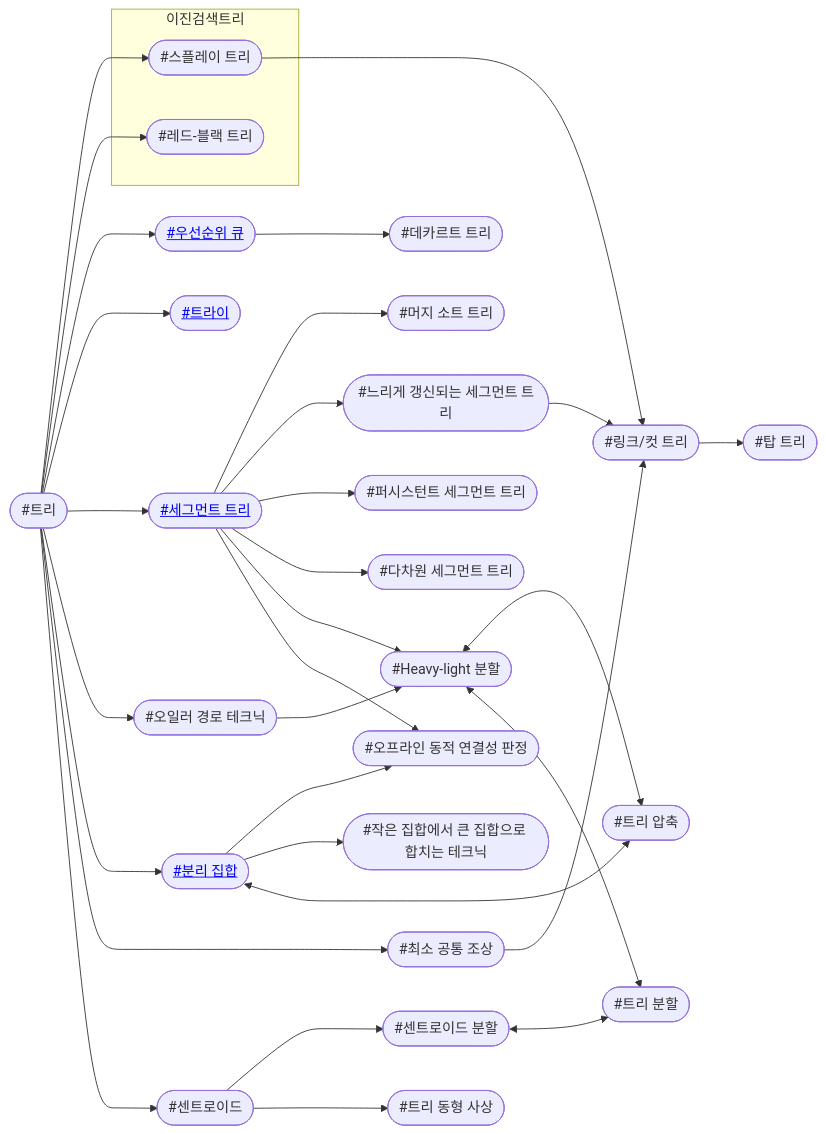
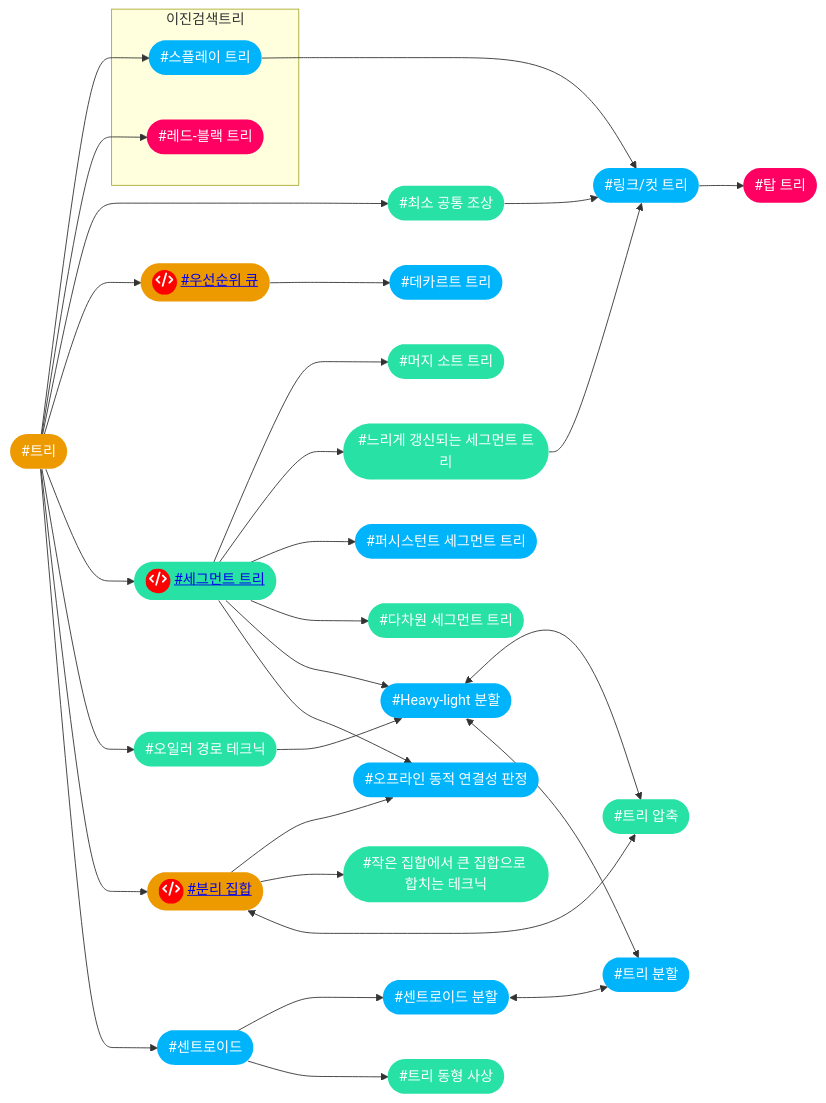
One commit to CHOYUNSIG/algorithm_with_boj changed the fourth of 10 diagrams in index.md. Above: the diagram before and after it, drawn with Mermaid. The commit also changed other lines of this file and 2 other files, not shown here.

```diff
--- a/index.md
+++ b/index.md
@@ -115,63 +142,68 @@
 <pre class="mermaid">
     graph LR
 
     #trees --> #splay_tree
     #trees --> #rb_tree
+    #trees --> #lca
     #trees --> #priority_queue
-    #trees --> #trie
     #trees --> #segtree
     #trees --> #euler_tour_technique
     #trees --> #disjoint_set
-    #trees --> #lca
     #trees --> #centroid
     #priority_queue --> #cartesian_tree
     #lca --> #link_cut_tree
     #disjoint_set --> #offline_dynamic_connectivity
     #disjoint_set --> #smaller_to_larger
     #disjoint_set <--> #tree_compression
     #centroid --> #centroid_decomposition
     #centroid --> #tree_isomorphism
     #splay_tree --> #link_cut_tree
     #link_cut_tree --> #top_tree
     #euler_tour_technique --> #hld
     #segtree --> #merge_sort_tree
     #segtree --> #lazyprop
     #segtree --> #pst
     #segtree --> #multi_segtree
     #segtree --> #hld
     #segtree --> #offline_dynamic_connectivity
     #lazyprop --> #link_cut_tree
     #hld <--> #tree_compression
     #hld <--> #tree_decomposition
     #centroid_decomposition <--> #tree_decomposition
 
     subgraph 이진검색트리
         #splay_tree
         #rb_tree
     end
 
-    #hld(["#Heavy-light 분할"])
-    #lazyprop(["#느리게 갱신되는 세그먼트 트리"])
-    #multi_segtree(["#다차원 세그먼트 트리"])
-    #cartesian_tree(["#데카르트 트리"])
-    #rb_tree(["#레드-블랙 트리"])
-    #link_cut_tree(["#링크/컷 트리"])
-    #merge_sort_tree(["#머지 소트 트리"])
-    #disjoint_set(["<a href="post/2024/01/13/disjoint_set.html">#분리 집합</a>"])
-    #segtree(["<a href="post/2024/01/11/segtree.html">#세그먼트 트리</a>"])
-    #centroid(["#센트로이드"])
-    #centroid_decomposition(["#센트로이드 분할"])
-    #splay_tree(["#스플레이 트리"])
-    #euler_tour_technique(["#오일러 경로 테크닉"])
-    #offline_dynamic_connectivity(["#오프라인 동적 연결성 판정"])
-    #priority_queue(["<a href="post/2024/01/15/priority_queue.html">#우선순위 큐</a>"])
-    #smaller_to_larger(["#작은 집합에서 큰 집합으로 합치는 테크닉"])
-    #lca(["#최소 공통 조상"])
-    #top_tree(["#탑 트리"])
-    #trie(["<a href="post/2024/01/03/trie.html">#트라이</a>"])
-    #trees(["#트리"])
-    #tree_isomorphism(["#트리 동형 사상"])
-    #tree_decomposition(["#트리 분할"])
-    #tree_compression(["#트리 압축"])
-    #pst(["#퍼시스턴트 세그먼트 트리"])
+    #hld(["#Heavy-light 분할"]):::tier4
+    #lazyprop(["#느리게 갱신되는 세그먼트 트리"]):::tier3
+    #multi_segtree(["#다차원 세그먼트 트리"]):::tier3
+    #cartesian_tree(["#데카르트 트리"]):::tier4
+    #rb_tree(["#레드-블랙 트리"]):::tier5
+    #link_cut_tree(["#링크/컷 트리"]):::tier4
+    #merge_sort_tree(["#머지 소트 트리"]):::tier3
+    #disjoint_set(["<span style="background-color: red; border-radius: 50%; display:inline-block; width:28px; height:28px">fa:fa-code</span> <a href="post/2024/01/13/disjoint_set.html">#분리 집합</a>"]):::tier2
+    #segtree(["<span style="background-color: red; border-radius: 50%; display:inline-block; width:28px; height:28px">fa:fa-code</span> <a href="post/2024/01/11/segtree.html">#세그먼트 트리</a>"]):::tier3
+    #centroid(["#센트로이드"]):::tier4
+    #centroid_decomposition(["#센트로이드 분할"]):::tier4
+    #splay_tree(["#스플레이 트리"]):::tier4
+    #euler_tour_technique(["#오일러 경로 테크닉"]):::tier3
+    #offline_dynamic_connectivity(["#오프라인 동적 연결성 판정"]):::tier4
+    #priority_queue(["<span style="background-color: red; border-radius: 50%; display:inline-block; width:28px; height:28px">fa:fa-code</span> <a href="post/2024/01/15/priority_queue.html">#우선순위 큐</a>"]):::tier2
+    #smaller_to_larger(["#작은 집합에서 큰 집합으로 합치는 테크닉"]):::tier3
+    #lca(["#최소 공통 조상"]):::tier3
+    #top_tree(["#탑 트리"]):::tier5
+    #trees(["#트리"]):::tier2
+    #tree_isomorphism(["#트리 동형 사상"]):::tier3
+    #tree_decomposition(["#트리 분할"]):::tier4
+    #tree_compression(["#트리 압축"]):::tier3
+    #pst(["#퍼시스턴트 세그먼트 트리"]):::tier4
+
+    classDef tier0 fill:#ad5600, color:#fff, stroke:#0000
+    classDef tier1 fill:#435f7a, color:#fff, stroke:#0000
+    classDef tier2 fill:#ec9a00, color:#fff, stroke:#0000
+    classDef tier3 fill:#27e2a4, color:#fff, stroke:#0000
+    classDef tier4 fill:#00b4fc, color:#fff, stroke:#0000
+    classDef tier5 fill:#ff0062, color:#fff, stroke:#0000
 </pre>
```
